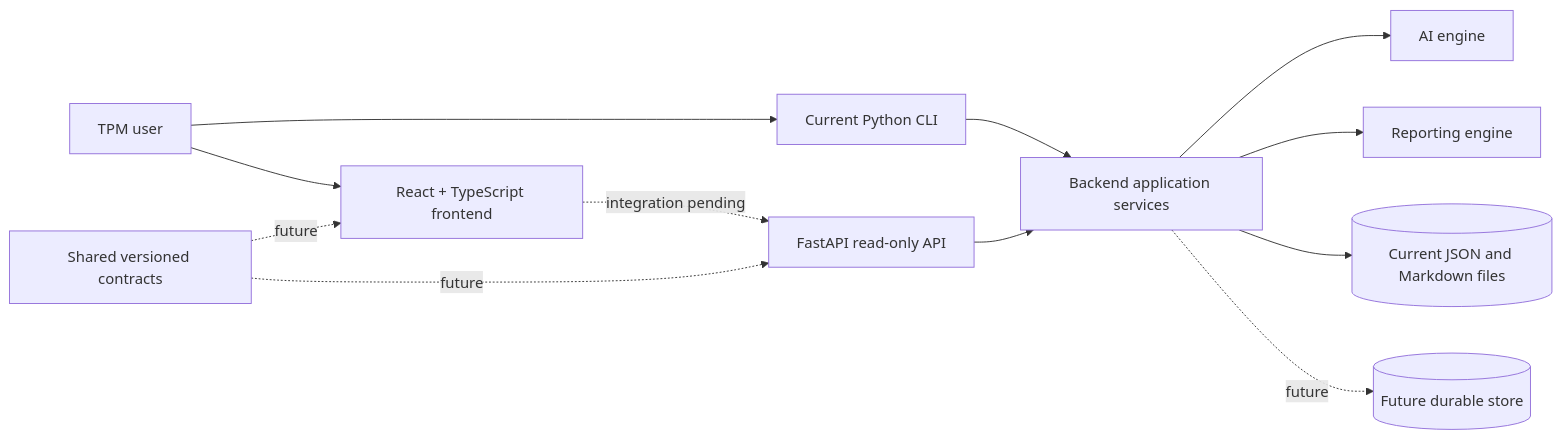
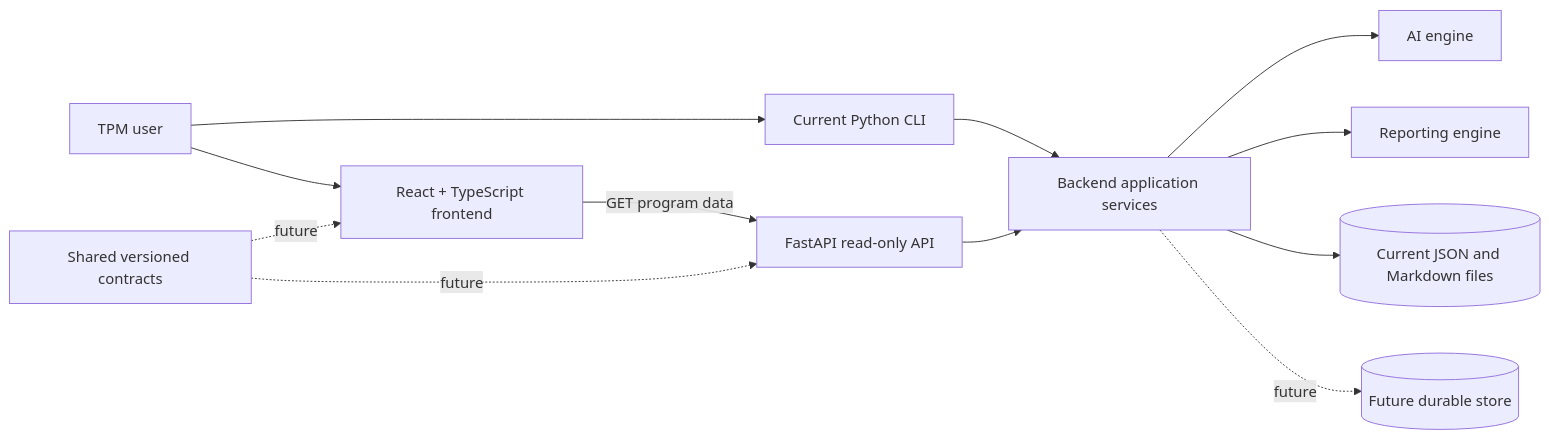
Before and after one commit to pmp-jjimenez/TPM-AI-Agent: the diagram in docs/ARCHITECTURE.md, drawn with Mermaid. The commit also changed other lines of this file and 13 other files, not shown here.

Commit message:
US-55.3: Integrate program browser with backend API

````diff
--- a/docs/ARCHITECTURE.md
+++ b/docs/ARCHITECTURE.md
@@ -19,25 +19,25 @@
 ```mermaid
 flowchart LR
     User[TPM user]
     CLI[Current Python CLI]
     Web[React + TypeScript frontend]
     API[FastAPI read-only API]
     Services[Backend application services]
     AI[AI engine]
     Reports[Reporting engine]
     Store[(Future durable store)]
     Files[(Current JSON and Markdown files)]
     Contracts[Shared versioned contracts]
 
     User --> CLI
     User --> Web
     CLI --> Services
-    Web -. integration pending .-> API
+    Web -->|GET program data| API
     API --> Services
     Services --> AI
     Services --> Reports
     Services --> Files
     Services -. future .-> Store
     Contracts -. future .-> API
     Contracts -. future .-> Web
 ```
````
